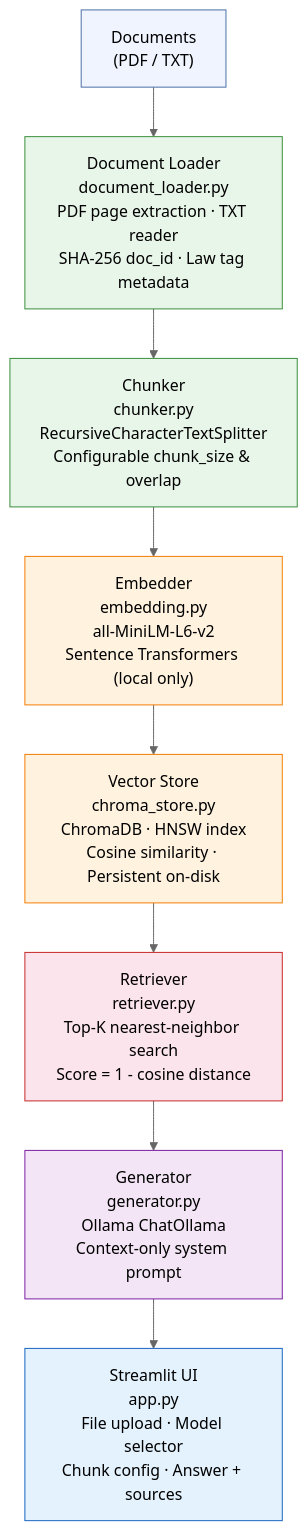
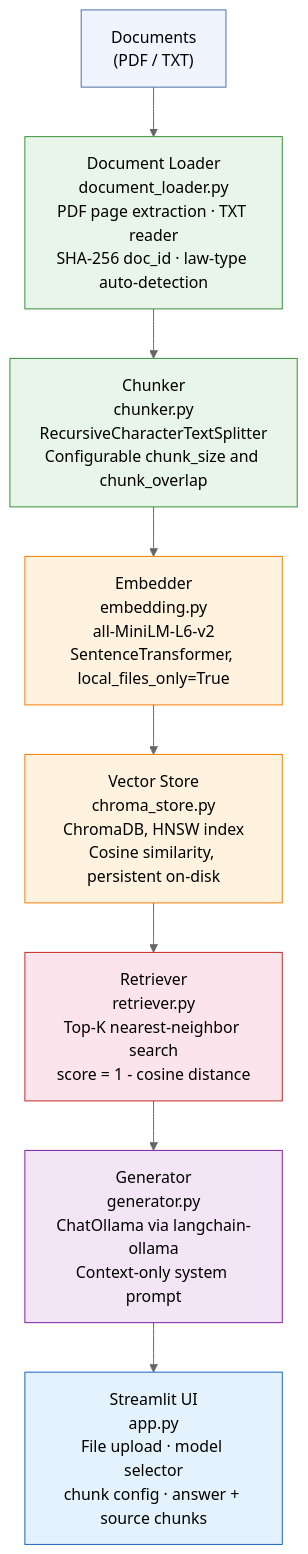
Before and after one commit to questinrest/offline-rag-bot: the diagram in README.md, drawn with Mermaid (neutral theme). The commit also changed other lines of this file, not shown here.

Commit message:
docs: Refine Mermaid flowchart descriptions and remove the component-level detail section in README.

````diff
--- a/README.md
+++ b/README.md
@@ -40,19 +40,19 @@
 ```mermaid
 flowchart TD
-    A["Documents\n(PDF / TXT)"] --> B["Document Loader\ndocument_loader.py\nPDF page extraction · TXT reader\nSHA-256 doc_id · Law tag metadata"]
-    B --> C["Chunker\nchunker.py\nRecursiveCharacterTextSplitter\nConfigurable chunk_size & overlap"]
-    C --> D["Embedder\nembedding.py\nall-MiniLM-L6-v2\nSentence Transformers (local only)"]
-    D --> E["Vector Store\nchroma_store.py\nChromaDB · HNSW index\nCosine similarity · Persistent on-disk"]
-    E --> F["Retriever\nretriever.py\nTop-K nearest-neighbor search\nScore = 1 - cosine distance"]
-    F --> G["Generator\ngenerator.py\nOllama ChatOllama\nContext-only system prompt"]
-    G --> H["Streamlit UI\napp.py\nFile upload · Model selector\nChunk config · Answer + sources"]
+    A["Documents<br/>(PDF / TXT)"] --> B["Document Loader<br/>document_loader.py<br/>PDF page extraction · TXT reader<br/>SHA-256 doc_id · law-type auto-detection"]
+    B --> C["Chunker<br/>chunker.py<br/>RecursiveCharacterTextSplitter<br/>Configurable chunk_size and chunk_overlap"]
+    C --> D["Embedder<br/>embedding.py<br/>all-MiniLM-L6-v2<br/>SentenceTransformer, local_files_only=True"]
+    D --> E["Vector Store<br/>chroma_store.py<br/>ChromaDB, HNSW index<br/>Cosine similarity, persistent on-disk"]
+    E --> F["Retriever<br/>retriever.py<br/>Top-K nearest-neighbor search<br/>score = 1 - cosine distance"]
+    F --> G["Generator<br/>generator.py<br/>ChatOllama via langchain-ollama<br/>Context-only system prompt"]
+    G --> H["Streamlit UI<br/>app.py<br/>File upload · model selector<br/>chunk config · answer + source chunks"]
 
     style A fill:#f0f4ff,stroke:#4a6fa5
     style B fill:#e8f5e9,stroke:#388e3c
     style C fill:#e8f5e9,stroke:#388e3c
     style D fill:#fff3e0,stroke:#f57c00
     style E fill:#fff3e0,stroke:#f57c00
     style F fill:#fce4ec,stroke:#c62828
     style G fill:#f3e5f5,stroke:#7b1fa2
     style H fill:#e3f2fd,stroke:#1565c0
 ```
````
